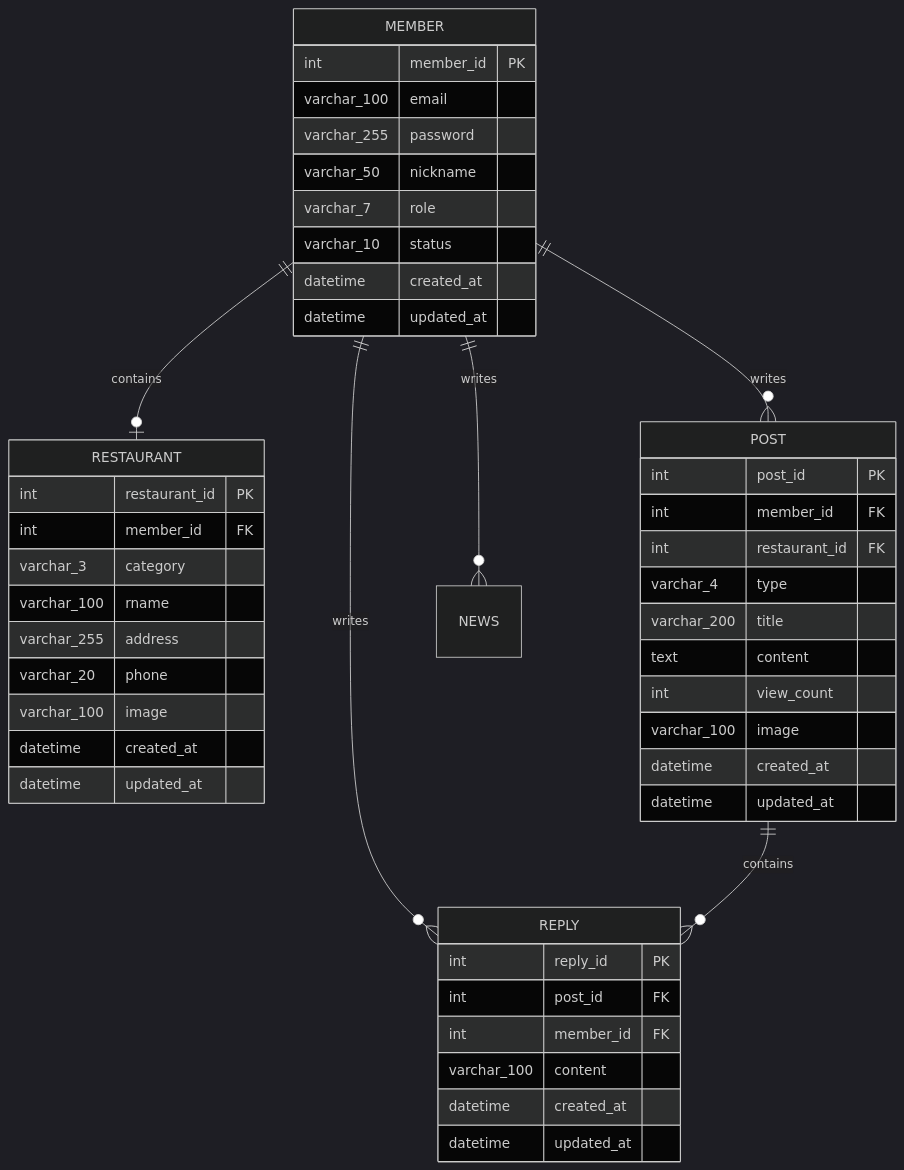
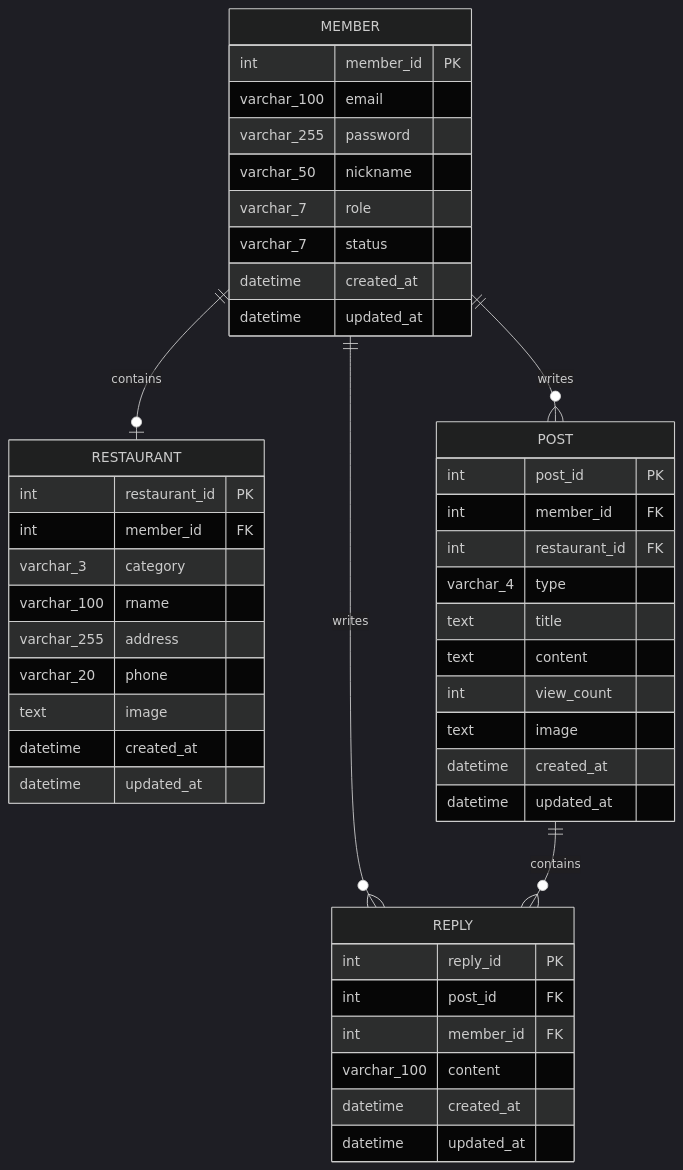
Before and after one commit to Vioeon/byte_and_bite: the diagram in docs/02_design/02_erd.md, drawn with Mermaid (dark theme). The commit also changed other lines of this file and 3 other files, not shown here.

Commit message:
edit ERD

````diff
--- a/docs/02_design/02_erd.md
+++ b/docs/02_design/02_erd.md
@@ -13,53 +13,52 @@
 ```mermaid
 erDiagram
     MEMBER ||--o| RESTAURANT : contains
     MEMBER ||--o{ POST : writes
     MEMBER ||--o{ REPLY : writes
-    MEMBER ||--o{ NEWS : writes
     POST ||--o{ REPLY : contains
 
     MEMBER {
         int member_id PK
         varchar_100 email
         varchar_255 password
         varchar_50 nickname
         varchar_7 role
-        varchar_10 status
+        varchar_7 status
         datetime created_at
         datetime updated_at
     }
     
     RESTAURANT {
         int restaurant_id PK
         int member_id FK
         varchar_3 category
         varchar_100 rname
         varchar_255 address
         varchar_20 phone
-        varchar_100 image
+        text image
         datetime created_at
         datetime updated_at
     }
 
     POST {
         int post_id PK
         int member_id FK
         int restaurant_id FK
         varchar_4 type
-        varchar_200 title
+        text title
         text content
         int view_count
-        varchar_100 image
+        text image
         datetime created_at
         datetime updated_at
     }
 
     REPLY {
         int reply_id PK
         int post_id FK
         int member_id FK
         varchar_100 content
         datetime created_at
         datetime updated_at
     }
 ```
````
